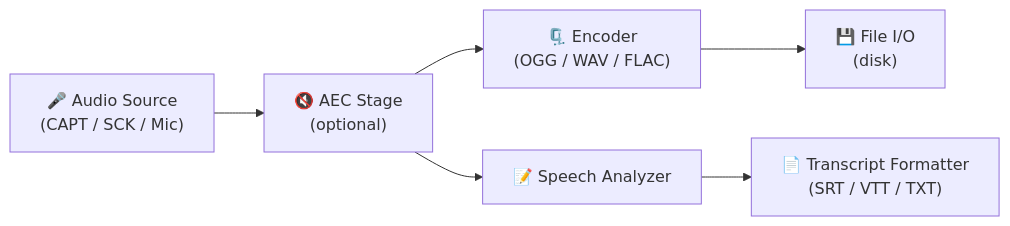
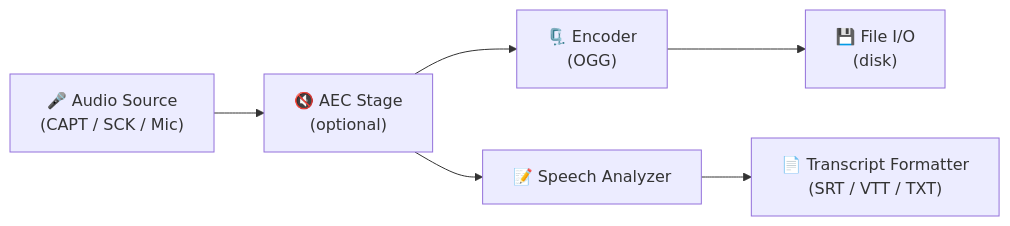
Before and after one commit to pranc1ngpegasus/labs: the second of 3 diagrams in koe/docs/spec/01-architecture.md, drawn with Mermaid. The commit also changed other lines of this file and 33 other files, not shown here.

First line of the commit message:
refactor(koe): descope FLAC/WAV output formats (#10)

````diff
--- a/koe/docs/spec/01-architecture.md
+++ b/koe/docs/spec/01-architecture.md
@@ -61,15 +61,15 @@
 ```mermaid
 flowchart LR
     SRC["🎤 Audio Source<br/>(CAPT / SCK / Mic)"]
     AEC["🔇 AEC Stage<br/>(optional)"]
-    ENC["🗜️ Encoder<br/>(OGG / WAV / FLAC)"]
+    ENC["🗜️ Encoder<br/>(OGG)"]
     ASR["📝 Speech Analyzer"]
     DISK["💾 File I/O<br/>(disk)"]
     FMT["📄 Transcript Formatter<br/>(SRT / VTT / TXT)"]
 
     SRC --> AEC
     AEC --> ENC
     AEC --> ASR
     ENC --> DISK
     ASR --> FMT
 ```
````
